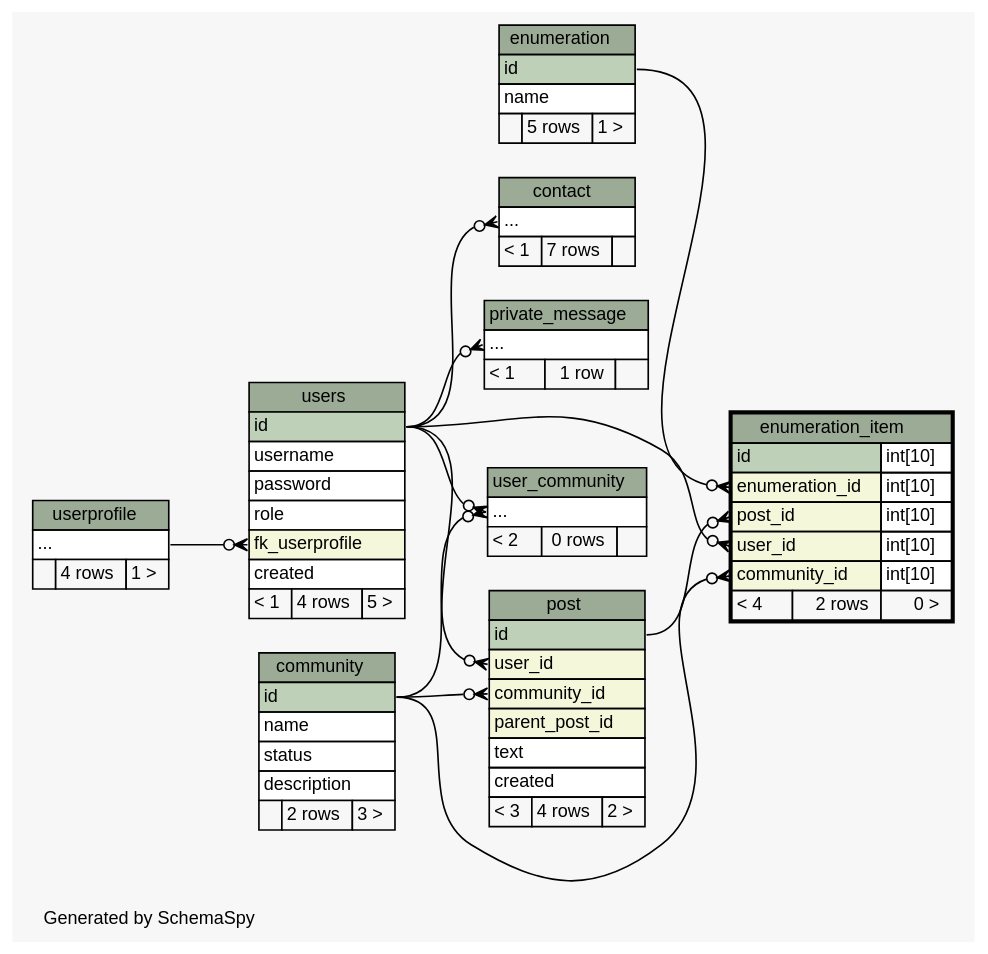
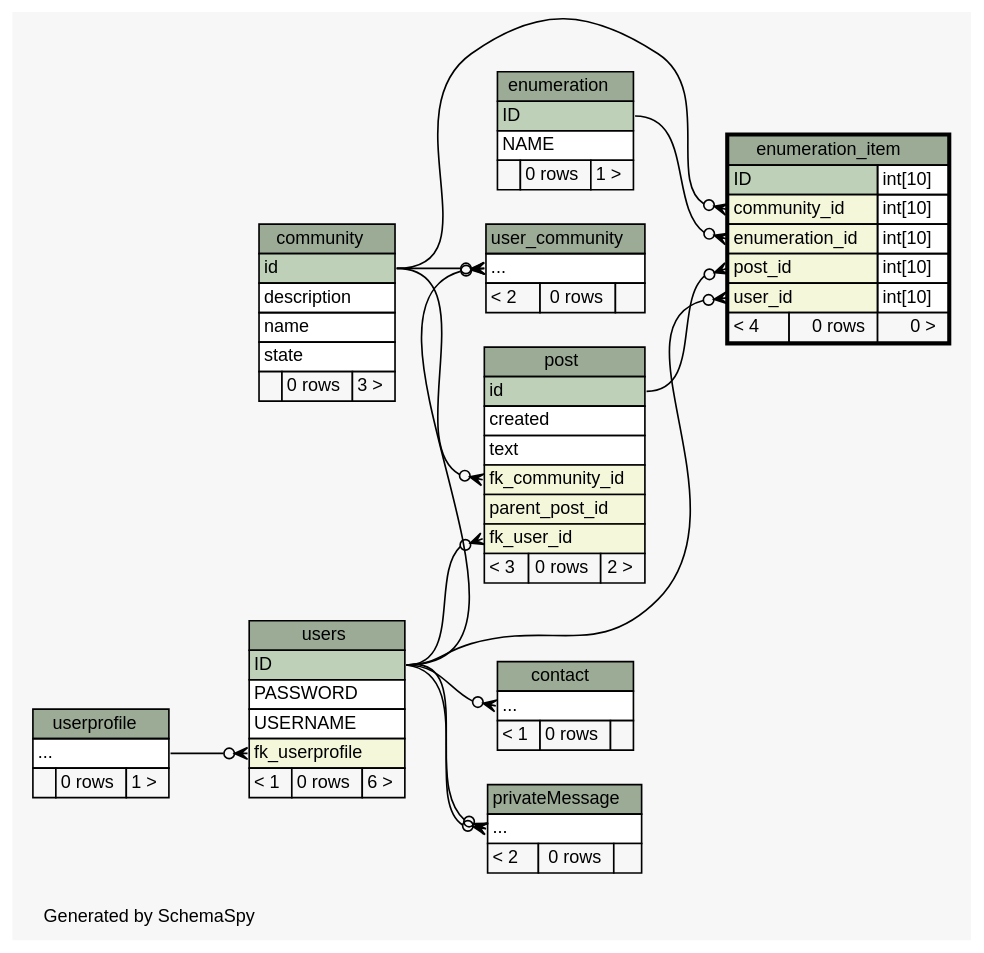
One commit to chr-krenn/chr-krenn-fhj-ws2017-sd17-pse changed the diagram in doc/db_schema/diagrams/enumeration_item.2degrees.dot. Above: the diagram before and after it, drawn with Graphviz. The commit also changed 60 other files, not shown here.

```diff
--- a/doc/db_schema/diagrams/enumeration_item.2degrees.dot
+++ b/doc/db_schema/diagrams/enumeration_item.2degrees.dot
@@ -1,141 +1,140 @@
 // dot 2.40.1 on Linux 4.12.5-300.fc26.x86_64
 // SchemaSpy rev 590
 digraph "twoDegreesRelationshipsDiagram" {
   graph [
     rankdir="RL"
     bgcolor="#f7f7f7"
     label="\nGenerated by SchemaSpy"
     labeljust="l"
     nodesep="0.18"
     ranksep="0.46"
     fontname="Helvetica"
     fontsize="11"
   ];
   node [
     fontname="Helvetica"
     fontsize="11"
     shape="plaintext"
   ];
   edge [
     arrowsize="0.8"
   ];
-  "contact":"elipses":w -> "users":"id":e [arrowhead=none dir=back arrowtail=crowodot];
+  "contact":"elipses":w -> "users":"ID":e [arrowhead=none dir=back arrowtail=crowodot];
   "enumeration_item":"community_id":w -> "community":"id":e [arrowhead=none dir=back arrowtail=crowodot];
-  "enumeration_item":"enumeration_id":w -> "enumeration":"id":e [arrowhead=none dir=back arrowtail=crowodot];
+  "enumeration_item":"enumeration_id":w -> "enumeration":"ID":e [arrowhead=none dir=back arrowtail=crowodot];
   "enumeration_item":"post_id":w -> "post":"id":e [arrowhead=none dir=back arrowtail=crowodot];
-  "enumeration_item":"user_id":w -> "users":"id":e [arrowhead=none dir=back arrowtail=crowodot];
-  "post":"community_id":w -> "community":"id":e [arrowhead=none dir=back arrowtail=crowodot];
-  "post":"user_id":w -> "users":"id":e [arrowhead=none dir=back arrowtail=crowodot];
-  "private_message":"elipses":w -> "users":"id":e [arrowhead=none dir=back arrowtail=crowodot];
+  "enumeration_item":"user_id":w -> "users":"ID":e [arrowhead=none dir=back arrowtail=crowodot];
+  "post":"fk_community_id":w -> "community":"id":e [arrowhead=none dir=back arrowtail=crowodot];
+  "post":"fk_user_id":w -> "users":"ID":e [arrowhead=none dir=back arrowtail=crowodot];
+  "privateMessage":"elipses":w -> "users":"ID":e [arrowhead=none dir=back arrowtail=crowodot];
+  "privateMessage":"elipses":w -> "users":"ID":e [arrowhead=none dir=back arrowtail=crowodot];
+  "user_community":"elipses":w -> "users":"ID":e [arrowhead=none dir=back arrowtail=crowodot];
   "user_community":"elipses":w -> "community":"id":e [arrowhead=none dir=back arrowtail=crowodot];
-  "user_community":"elipses":w -> "users":"id":e [arrowhead=none dir=back arrowtail=crowodot];
   "users":"fk_userprofile":w -> "userprofile":"elipses":e [arrowhead=none dir=back arrowtail=crowodot];
   "community" [
     label=<
     <TABLE BORDER="0" CELLBORDER="1" CELLSPACING="0" BGCOLOR="#ffffff">
       <TR><TD COLSPAN="3" BGCOLOR="#9bab96" ALIGN="CENTER">community</TD></TR>
       <TR><TD PORT="id" COLSPAN="3" BGCOLOR="#bed1b8" ALIGN="LEFT">id</TD></TR>
+      <TR><TD PORT="description" COLSPAN="3" ALIGN="LEFT">description</TD></TR>
       <TR><TD PORT="name" COLSPAN="3" ALIGN="LEFT">name</TD></TR>
-      <TR><TD PORT="status" COLSPAN="3" ALIGN="LEFT">status</TD></TR>
-      <TR><TD PORT="description" COLSPAN="3" ALIGN="LEFT">description</TD></TR>
-      <TR><TD ALIGN="LEFT" BGCOLOR="#f7f7f7">  </TD><TD ALIGN="RIGHT" BGCOLOR="#f7f7f7">2 rows</TD><TD ALIGN="RIGHT" BGCOLOR="#f7f7f7">3 &gt;</TD></TR>
+      <TR><TD PORT="state" COLSPAN="3" ALIGN="LEFT">state</TD></TR>
+      <TR><TD ALIGN="LEFT" BGCOLOR="#f7f7f7">  </TD><TD ALIGN="RIGHT" BGCOLOR="#f7f7f7">0 rows</TD><TD ALIGN="RIGHT" BGCOLOR="#f7f7f7">3 &gt;</TD></TR>
     </TABLE>>
     URL="community.html"
     tooltip="community"
   ];
   "contact" [
     label=<
     <TABLE BORDER="0" CELLBORDER="1" CELLSPACING="0" BGCOLOR="#ffffff">
       <TR><TD COLSPAN="3" BGCOLOR="#9bab96" ALIGN="CENTER">contact</TD></TR>
       <TR><TD PORT="elipses" COLSPAN="3" ALIGN="LEFT">...</TD></TR>
-      <TR><TD ALIGN="LEFT" BGCOLOR="#f7f7f7">&lt; 1</TD><TD ALIGN="RIGHT" BGCOLOR="#f7f7f7">7 rows</TD><TD ALIGN="RIGHT" BGCOLOR="#f7f7f7">  </TD></TR>
+      <TR><TD ALIGN="LEFT" BGCOLOR="#f7f7f7">&lt; 1</TD><TD ALIGN="RIGHT" BGCOLOR="#f7f7f7">0 rows</TD><TD ALIGN="RIGHT" BGCOLOR="#f7f7f7">  </TD></TR>
     </TABLE>>
     URL="contact.html"
     tooltip="contact"
   ];
   "enumeration" [
     label=<
     <TABLE BORDER="0" CELLBORDER="1" CELLSPACING="0" BGCOLOR="#ffffff">
       <TR><TD COLSPAN="3" BGCOLOR="#9bab96" ALIGN="CENTER">enumeration</TD></TR>
-      <TR><TD PORT="id" COLSPAN="3" BGCOLOR="#bed1b8" ALIGN="LEFT">id</TD></TR>
-      <TR><TD PORT="name" COLSPAN="3" ALIGN="LEFT">name</TD></TR>
-      <TR><TD ALIGN="LEFT" BGCOLOR="#f7f7f7">  </TD><TD ALIGN="RIGHT" BGCOLOR="#f7f7f7">5 rows</TD><TD ALIGN="RIGHT" BGCOLOR="#f7f7f7">1 &gt;</TD></TR>
+      <TR><TD PORT="ID" COLSPAN="3" BGCOLOR="#bed1b8" ALIGN="LEFT">ID</TD></TR>
+      <TR><TD PORT="NAME" COLSPAN="3" ALIGN="LEFT">NAME</TD></TR>
+      <TR><TD ALIGN="LEFT" BGCOLOR="#f7f7f7">  </TD><TD ALIGN="RIGHT" BGCOLOR="#f7f7f7">0 rows</TD><TD ALIGN="RIGHT" BGCOLOR="#f7f7f7">1 &gt;</TD></TR>
     </TABLE>>
     URL="enumeration.html"
     tooltip="enumeration"
   ];
   "enumeration_item" [
     label=<
     <TABLE BORDER="2" CELLBORDER="1" CELLSPACING="0" BGCOLOR="#ffffff">
       <TR><TD COLSPAN="3" BGCOLOR="#9bab96" ALIGN="CENTER">enumeration_item</TD></TR>
-      <TR><TD PORT="id" COLSPAN="2" BGCOLOR="#bed1b8" ALIGN="LEFT">id</TD><TD PORT="id.type" ALIGN="LEFT">int[10]</TD></TR>
+      <TR><TD PORT="ID" COLSPAN="2" BGCOLOR="#bed1b8" ALIGN="LEFT">ID</TD><TD PORT="ID.type" ALIGN="LEFT">int[10]</TD></TR>
+      <TR><TD PORT="community_id" COLSPAN="2" BGCOLOR="#f4f7da" ALIGN="LEFT">community_id</TD><TD PORT="community_id.type" ALIGN="LEFT">int[10]</TD></TR>
       <TR><TD PORT="enumeration_id" COLSPAN="2" BGCOLOR="#f4f7da" ALIGN="LEFT">enumeration_id</TD><TD PORT="enumeration_id.type" ALIGN="LEFT">int[10]</TD></TR>
       <TR><TD PORT="post_id" COLSPAN="2" BGCOLOR="#f4f7da" ALIGN="LEFT">post_id</TD><TD PORT="post_id.type" ALIGN="LEFT">int[10]</TD></TR>
       <TR><TD PORT="user_id" COLSPAN="2" BGCOLOR="#f4f7da" ALIGN="LEFT">user_id</TD><TD PORT="user_id.type" ALIGN="LEFT">int[10]</TD></TR>
-      <TR><TD PORT="community_id" COLSPAN="2" BGCOLOR="#f4f7da" ALIGN="LEFT">community_id</TD><TD PORT="community_id.type" ALIGN="LEFT">int[10]</TD></TR>
-      <TR><TD ALIGN="LEFT" BGCOLOR="#f7f7f7">&lt; 4</TD><TD ALIGN="RIGHT" BGCOLOR="#f7f7f7">2 rows</TD><TD ALIGN="RIGHT" BGCOLOR="#f7f7f7">0 &gt;</TD></TR>
+      <TR><TD ALIGN="LEFT" BGCOLOR="#f7f7f7">&lt; 4</TD><TD ALIGN="RIGHT" BGCOLOR="#f7f7f7">0 rows</TD><TD ALIGN="RIGHT" BGCOLOR="#f7f7f7">0 &gt;</TD></TR>
     </TABLE>>
     URL="enumeration_item.html"
     tooltip="enumeration_item"
   ];
   "post" [
     label=<
     <TABLE BORDER="0" CELLBORDER="1" CELLSPACING="0" BGCOLOR="#ffffff">
       <TR><TD COLSPAN="3" BGCOLOR="#9bab96" ALIGN="CENTER">post</TD></TR>
       <TR><TD PORT="id" COLSPAN="3" BGCOLOR="#bed1b8" ALIGN="LEFT">id</TD></TR>
-      <TR><TD PORT="user_id" COLSPAN="3" BGCOLOR="#f4f7da" ALIGN="LEFT">user_id</TD></TR>
-      <TR><TD PORT="community_id" COLSPAN="3" BGCOLOR="#f4f7da" ALIGN="LEFT">community_id</TD></TR>
+      <TR><TD PORT="created" COLSPAN="3" ALIGN="LEFT">created</TD></TR>
+      <TR><TD PORT="text" COLSPAN="3" ALIGN="LEFT">text</TD></TR>
+      <TR><TD PORT="fk_community_id" COLSPAN="3" BGCOLOR="#f4f7da" ALIGN="LEFT">fk_community_id</TD></TR>
       <TR><TD PORT="parent_post_id" COLSPAN="3" BGCOLOR="#f4f7da" ALIGN="LEFT">parent_post_id</TD></TR>
-      <TR><TD PORT="text" COLSPAN="3" ALIGN="LEFT">text</TD></TR>
-      <TR><TD PORT="created" COLSPAN="3" ALIGN="LEFT">created</TD></TR>
-      <TR><TD ALIGN="LEFT" BGCOLOR="#f7f7f7">&lt; 3</TD><TD ALIGN="RIGHT" BGCOLOR="#f7f7f7">4 rows</TD><TD ALIGN="RIGHT" BGCOLOR="#f7f7f7">2 &gt;</TD></TR>
+      <TR><TD PORT="fk_user_id" COLSPAN="3" BGCOLOR="#f4f7da" ALIGN="LEFT">fk_user_id</TD></TR>
+      <TR><TD ALIGN="LEFT" BGCOLOR="#f7f7f7">&lt; 3</TD><TD ALIGN="RIGHT" BGCOLOR="#f7f7f7">0 rows</TD><TD ALIGN="RIGHT" BGCOLOR="#f7f7f7">2 &gt;</TD></TR>
     </TABLE>>
     URL="post.html"
     tooltip="post"
   ];
-  "private_message" [
+  "privateMessage" [
     label=<
     <TABLE BORDER="0" CELLBORDER="1" CELLSPACING="0" BGCOLOR="#ffffff">
-      <TR><TD COLSPAN="3" BGCOLOR="#9bab96" ALIGN="CENTER">private_message</TD></TR>
+      <TR><TD COLSPAN="3" BGCOLOR="#9bab96" ALIGN="CENTER">privateMessage</TD></TR>
       <TR><TD PORT="elipses" COLSPAN="3" ALIGN="LEFT">...</TD></TR>
-      <TR><TD ALIGN="LEFT" BGCOLOR="#f7f7f7">&lt; 1</TD><TD ALIGN="RIGHT" BGCOLOR="#f7f7f7">1 row</TD><TD ALIGN="RIGHT" BGCOLOR="#f7f7f7">  </TD></TR>
+      <TR><TD ALIGN="LEFT" BGCOLOR="#f7f7f7">&lt; 2</TD><TD ALIGN="RIGHT" BGCOLOR="#f7f7f7">0 rows</TD><TD ALIGN="RIGHT" BGCOLOR="#f7f7f7">  </TD></TR>
     </TABLE>>
-    URL="private_message.html"
-    tooltip="private_message"
+    URL="privateMessage.html"
+    tooltip="privateMessage"
   ];
   "user_community" [
     label=<
     <TABLE BORDER="0" CELLBORDER="1" CELLSPACING="0" BGCOLOR="#ffffff">
       <TR><TD COLSPAN="3" BGCOLOR="#9bab96" ALIGN="CENTER">user_community</TD></TR>
       <TR><TD PORT="elipses" COLSPAN="3" ALIGN="LEFT">...</TD></TR>
       <TR><TD ALIGN="LEFT" BGCOLOR="#f7f7f7">&lt; 2</TD><TD ALIGN="RIGHT" BGCOLOR="#f7f7f7">0 rows</TD><TD ALIGN="RIGHT" BGCOLOR="#f7f7f7">  </TD></TR>
     </TABLE>>
     URL="user_community.html"
     tooltip="user_community"
   ];
   "userprofile" [
     label=<
     <TABLE BORDER="0" CELLBORDER="1" CELLSPACING="0" BGCOLOR="#ffffff">
       <TR><TD COLSPAN="3" BGCOLOR="#9bab96" ALIGN="CENTER">userprofile</TD></TR>
       <TR><TD PORT="elipses" COLSPAN="3" ALIGN="LEFT">...</TD></TR>
-      <TR><TD ALIGN="LEFT" BGCOLOR="#f7f7f7">  </TD><TD ALIGN="RIGHT" BGCOLOR="#f7f7f7">4 rows</TD><TD ALIGN="RIGHT" BGCOLOR="#f7f7f7">1 &gt;</TD></TR>
+      <TR><TD ALIGN="LEFT" BGCOLOR="#f7f7f7">  </TD><TD ALIGN="RIGHT" BGCOLOR="#f7f7f7">0 rows</TD><TD ALIGN="RIGHT" BGCOLOR="#f7f7f7">1 &gt;</TD></TR>
     </TABLE>>
     URL="userprofile.html"
     tooltip="userprofile"
   ];
   "users" [
     label=<
     <TABLE BORDER="0" CELLBORDER="1" CELLSPACING="0" BGCOLOR="#ffffff">
       <TR><TD COLSPAN="3" BGCOLOR="#9bab96" ALIGN="CENTER">users</TD></TR>
-      <TR><TD PORT="id" COLSPAN="3" BGCOLOR="#bed1b8" ALIGN="LEFT">id</TD></TR>
-      <TR><TD PORT="username" COLSPAN="3" ALIGN="LEFT">username</TD></TR>
-      <TR><TD PORT="password" COLSPAN="3" ALIGN="LEFT">password</TD></TR>
-      <TR><TD PORT="role" COLSPAN="3" ALIGN="LEFT">role</TD></TR>
+      <TR><TD PORT="ID" COLSPAN="3" BGCOLOR="#bed1b8" ALIGN="LEFT">ID</TD></TR>
+      <TR><TD PORT="PASSWORD" COLSPAN="3" ALIGN="LEFT">PASSWORD</TD></TR>
+      <TR><TD PORT="USERNAME" COLSPAN="3" ALIGN="LEFT">USERNAME</TD></TR>
       <TR><TD PORT="fk_userprofile" COLSPAN="3" BGCOLOR="#f4f7da" ALIGN="LEFT">fk_userprofile</TD></TR>
-      <TR><TD PORT="created" COLSPAN="3" ALIGN="LEFT">created</TD></TR>
-      <TR><TD ALIGN="LEFT" BGCOLOR="#f7f7f7">&lt; 1</TD><TD ALIGN="RIGHT" BGCOLOR="#f7f7f7">4 rows</TD><TD ALIGN="RIGHT" BGCOLOR="#f7f7f7">5 &gt;</TD></TR>
+      <TR><TD ALIGN="LEFT" BGCOLOR="#f7f7f7">&lt; 1</TD><TD ALIGN="RIGHT" BGCOLOR="#f7f7f7">0 rows</TD><TD ALIGN="RIGHT" BGCOLOR="#f7f7f7">6 &gt;</TD></TR>
     </TABLE>>
     URL="users.html"
     tooltip="users"
   ];
 }
```
